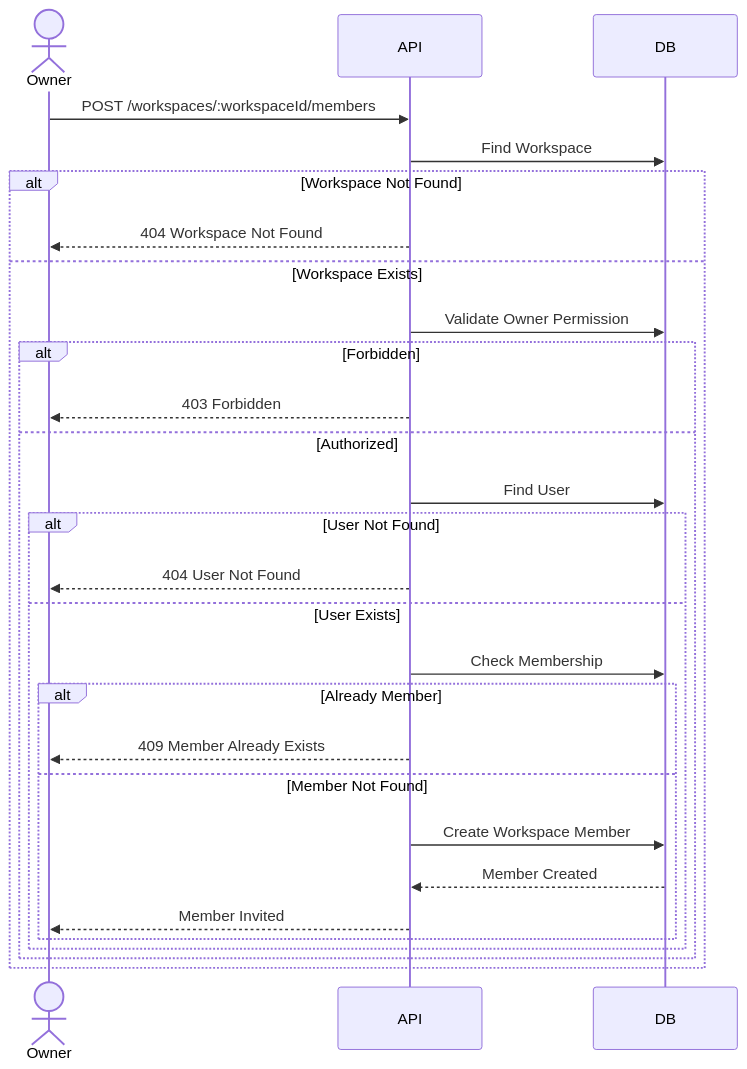
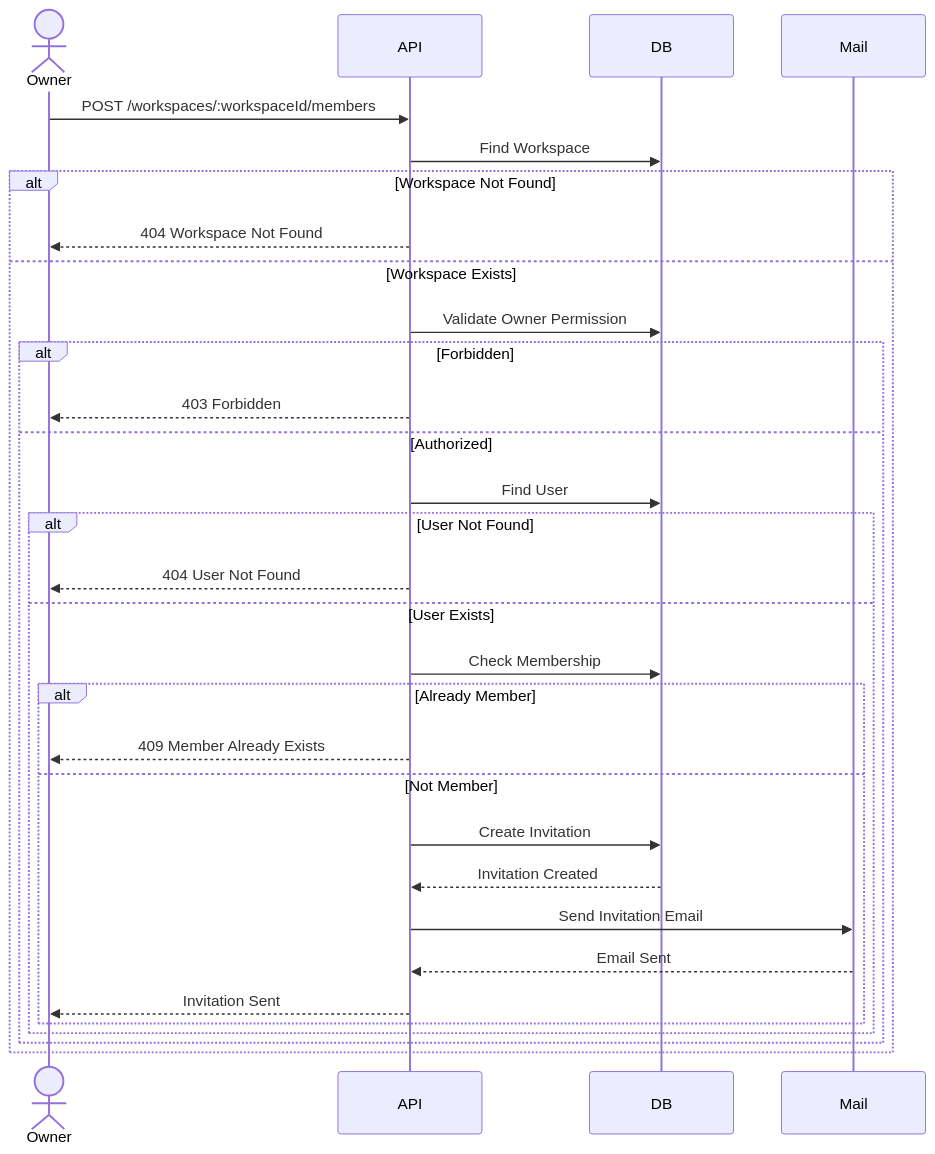
Before and after one commit to datnguyxn/LinkFlow: the first of 7 diagrams in docs/architecture/workspace-member/WorkspaceMember-Sequence.md, drawn with Mermaid. The commit also changed other lines of this file and 14 other files, not shown here.

Commit message:
docs(architecture): add workspace module documentation

````diff
--- a/docs/architecture/workspace-member/WorkspaceMember-Sequence.md
+++ b/docs/architecture/workspace-member/WorkspaceMember-Sequence.md
@@ -21,55 +23,60 @@
 ```mermaid
 sequenceDiagram
 
     actor Owner
     participant API
     participant DB
+    participant Mail
 
     Owner->>API: POST /workspaces/:workspaceId/members
 
     API->>DB: Find Workspace
 
     alt Workspace Not Found
 
         API-->>Owner: 404 Workspace Not Found
 
     else Workspace Exists
 
         API->>DB: Validate Owner Permission
 
         alt Forbidden
 
             API-->>Owner: 403 Forbidden
 
         else Authorized
 
             API->>DB: Find User
 
             alt User Not Found
 
                 API-->>Owner: 404 User Not Found
 
             else User Exists
 
                 API->>DB: Check Membership
 
                 alt Already Member
 
                     API-->>Owner: 409 Member Already Exists
 
-                else Member Not Found
+                else Not Member
 
-                    API->>DB: Create Workspace Member
+                    API->>DB: Create Invitation
 
-                    DB-->>API: Member Created
+                    DB-->>API: Invitation Created
 
-                    API-->>Owner: Member Invited
+                    API->>Mail: Send Invitation Email
+
+                    Mail-->>API: Email Sent
+
+                    API-->>Owner: Invitation Sent
 
                 end
 
             end
 
         end
 
     end
 ```
````
